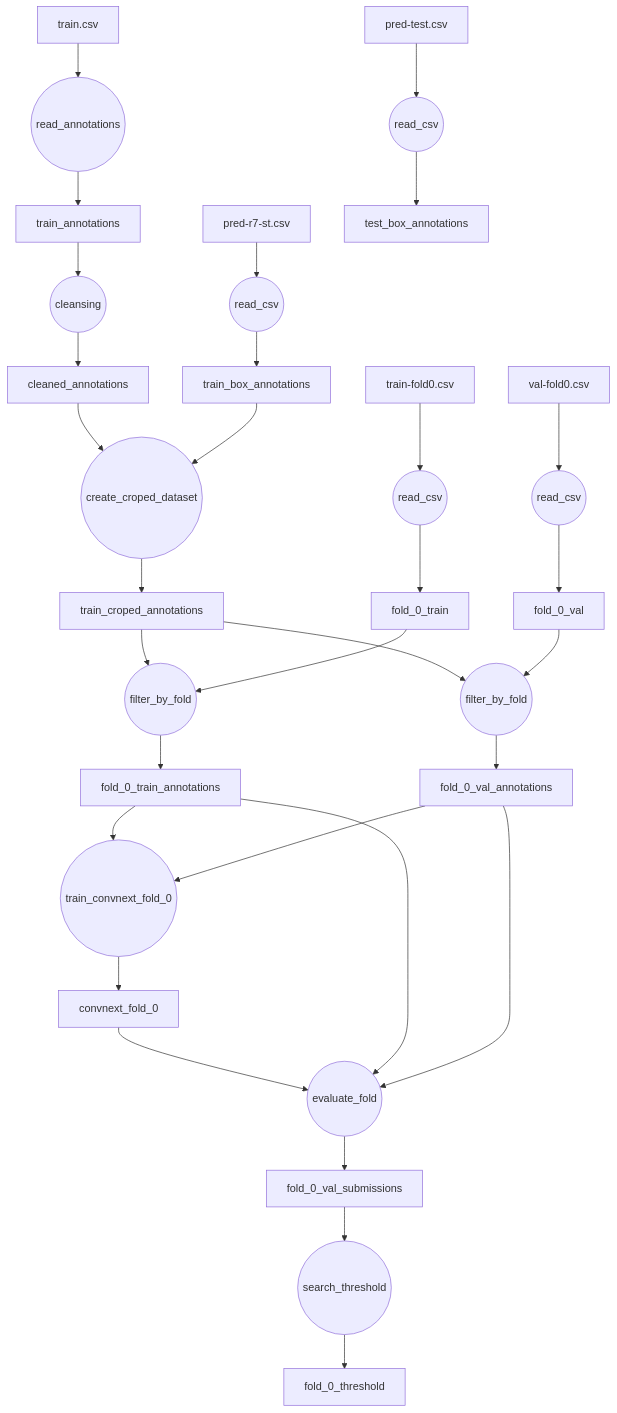
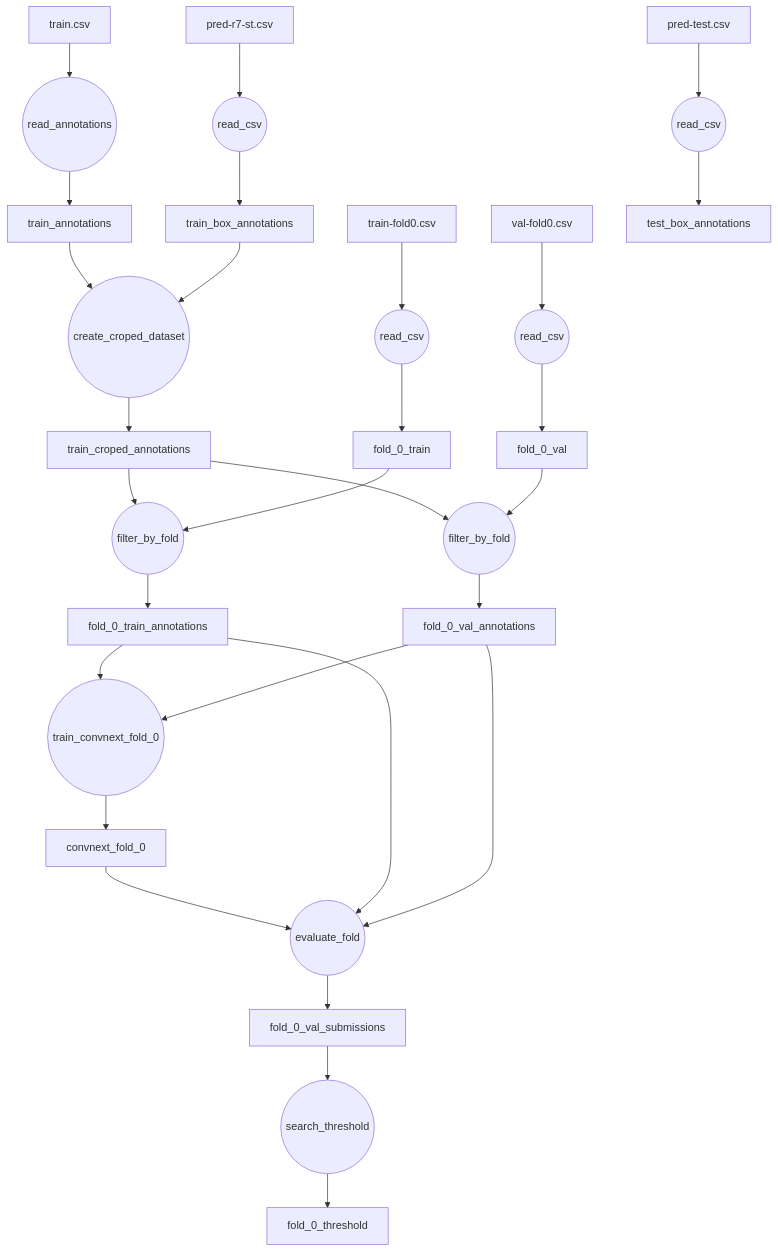
One commit to h4nyu/vision-tools changed the diagram in hwad_bench/README.md. Above: the diagram before and after it, drawn with Mermaid.

````diff
--- a/hwad_bench/README.md
+++ b/hwad_bench/README.md
@@ -1,24 +1,23 @@
 ```mermaid
 flowchart TB
 train.csv --> read_annotations((read_annotations))
 read_annotations --> train_annotations
-train_annotations --> cleansing((cleansing)) --> cleaned_annotations
 pred-r7-st.csv --> read_csv((read_csv)) --> train_box_annotations
-cleaned_annotations --> create_croped_dataset0((create_croped_dataset)) --> train_croped_annotations
+train_annotations --> create_croped_dataset0((create_croped_dataset)) --> train_croped_annotations
 train_box_annotations --> create_croped_dataset0
 train-fold0.csv --> read_csv0((read_csv)) --> fold_0_train
 val-fold0.csv --> read_csv1((read_csv)) --> fold_0_val
 train_croped_annotations --> filter_by_fold0((filter_by_fold)) --> fold_0_train_annotations
 fold_0_train --> filter_by_fold0
 train_croped_annotations --> filter_by_fold1((filter_by_fold)) --> fold_0_val_annotations
 fold_0_val --> filter_by_fold1
 
 fold_0_train_annotations --> train0((train_convnext_fold_0))
 fold_0_val_annotations --> train0
 pred-test.csv --> read_csv2((read_csv)) --> test_box_annotations
 train0((train_convnext_fold_0)) --> convnext_fold_0
 convnext_fold_0 --> evaluate_fold0((evaluate_fold)) 
 fold_0_train_annotations --> evaluate_fold0((evaluate_fold)) --> fold_0_val_submissions
 fold_0_val_annotations --> evaluate_fold0
 fold_0_val_submissions --> search_threshold((search_threshold)) --> fold_0_threshold
 ```
````
